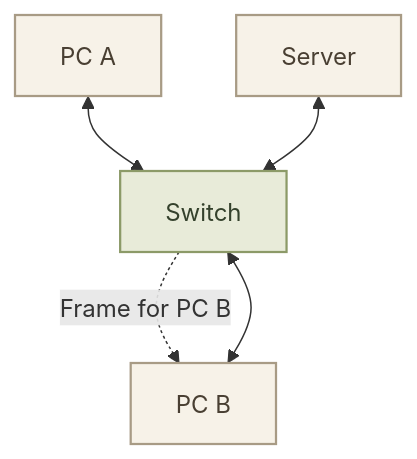
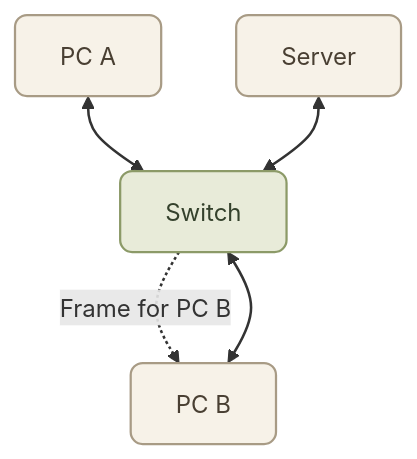
The second of 5 diagrams in content/networking/network-devices.mdx (mustafammasoud/ops-handbook), drawn with Mermaid before and after one commit. The commit also changed other lines of this file and 7 other files, not shown here.

````diff
--- a/content/networking/network-devices.mdx
+++ b/content/networking/network-devices.mdx
@@ -72,14 +73,15 @@
 ```mermaid
 flowchart TD
     PC1[" PC A"] <--> S["Switch"]
     PC2[" PC B"] <--> S
     Server[" Server"] <--> S
 
     S -. "Frame for PC B" .-> PC2
 
-    classDef switch fill:#E8EBD9,stroke:#8C9A68,color:#34412C,stroke-width:1.5px
-    classDef device fill:#F7F2E8,stroke:#A89B85,color:#493F32,stroke-width:1.5px
+    classDef switch fill:#E8EBD9,stroke:#8C9A68,color:#34412C,stroke-width:1.5px,rx:8,ry:8
+    classDef device fill:#F7F2E8,stroke:#A89B85,color:#493F32,stroke-width:1.5px,rx:8,ry:8
 
     class S switch
     class PC1,PC2,Server device
+    linkStyle default stroke-width:1.7px
 ```
````
